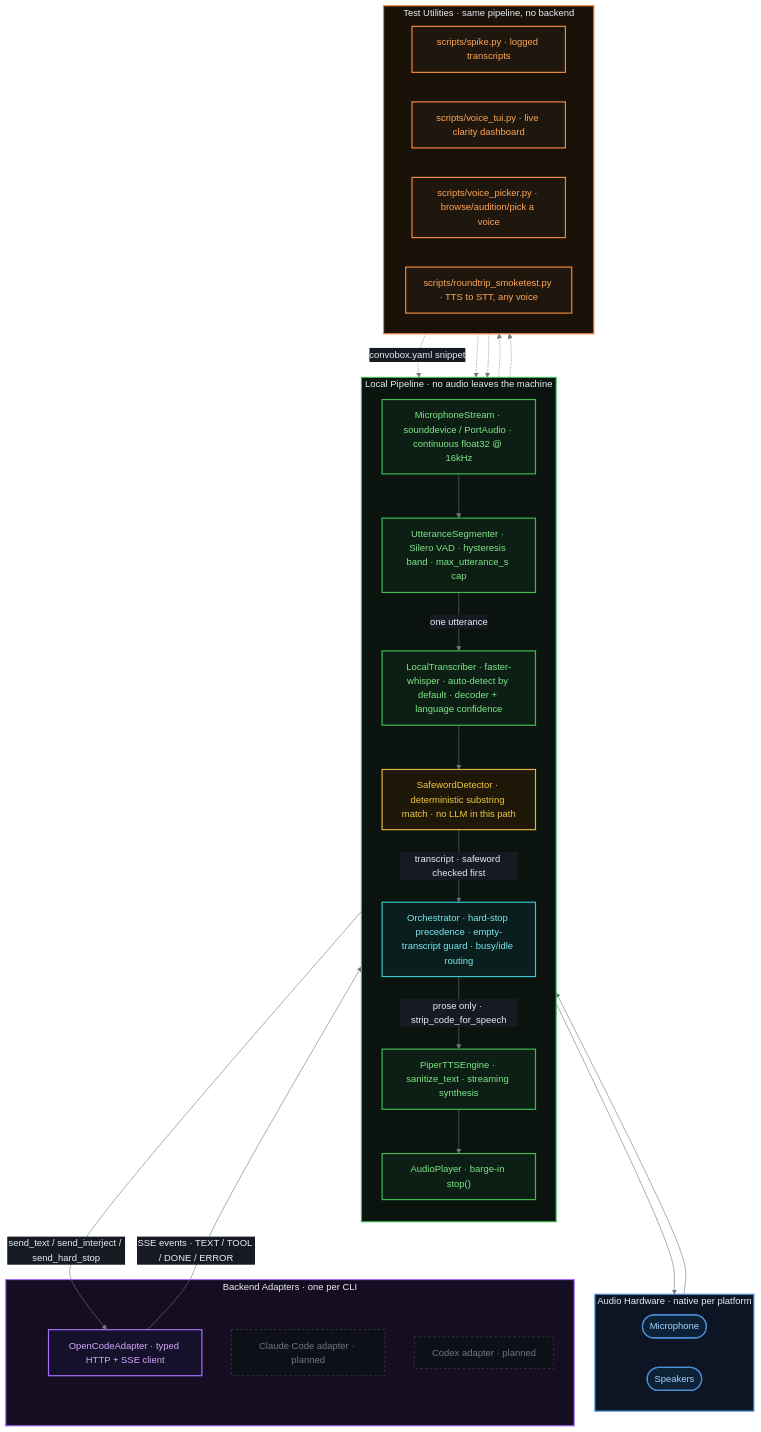
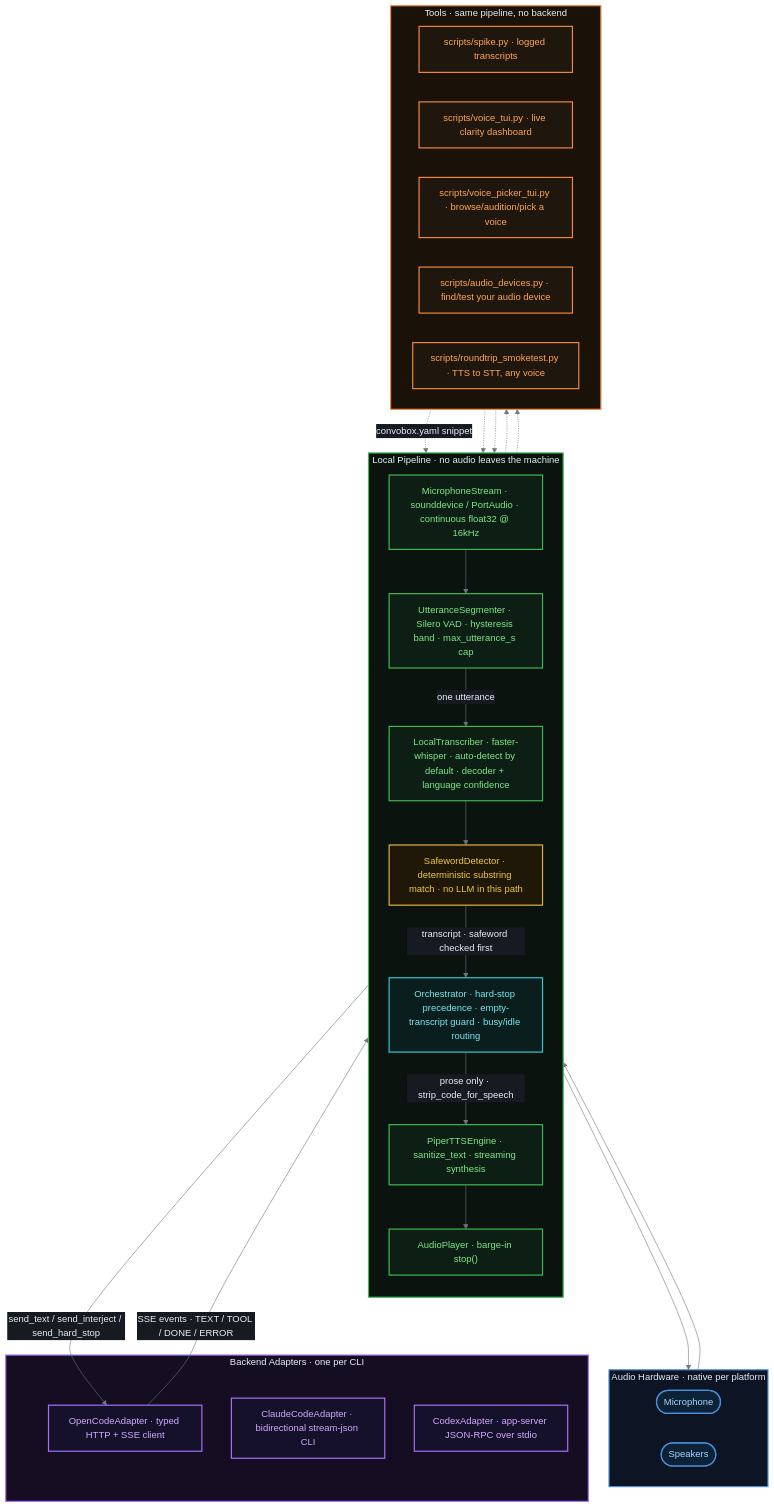
One commit to LegionForge/convobox changed the first of 2 diagrams in README.md. Above: the diagram before and after it, drawn with Mermaid. The commit also changed other lines of this file, not shown here.

````diff
--- a/README.md
+++ b/README.md
@@ -49,58 +49,59 @@
 ```mermaid
 %%{init: {'theme': 'base', 'themeVariables': {'background': '#0d1117', 'mainBkg': '#161b22', 'primaryColor': '#1c2938', 'primaryBorderColor': '#30363d', 'primaryTextColor': '#e6edf3', 'lineColor': '#6e7681', 'clusterBkg': '#161b22', 'clusterBorder': '#30363d', 'edgeLabelBackground': '#161b22', 'titleColor': '#e6edf3'}}}%%
 flowchart TB
     classDef hw       fill:#0d2137,stroke:#4a90d9,stroke-width:2px,color:#a8d4ff
     classDef pipeline fill:#0d1f15,stroke:#3fb950,stroke-width:2px,color:#7ee787
     classDef routing  fill:#0a1e1e,stroke:#39c5cf,stroke-width:2px,color:#79e8ef
     classDef safety   fill:#1f1808,stroke:#e3b341,stroke-width:2px,color:#f0c842
     classDef backend  fill:#16112b,stroke:#a371f7,stroke-width:2px,color:#d2a8ff
     classDef tool     fill:#1f160d,stroke:#f0883e,stroke-width:2px,color:#ffa657
     classDef future   fill:#0d1117,stroke:#484f58,stroke-width:1px,stroke-dasharray:4 4,color:#6e7681
 
     subgraph HW["Audio Hardware · native per platform"]
         direction LR
         MIC(["Microphone"]):::hw
         SPK(["Speakers"]):::hw
     end
 
     subgraph LOCAL["Local Pipeline · no audio leaves the machine"]
         direction TB
         CAP["MicrophoneStream · sounddevice / PortAudio · continuous float32 @ 16kHz"]:::pipeline
         VAD["UtteranceSegmenter · Silero VAD · hysteresis band · max_utterance_s cap"]:::pipeline
         STT["LocalTranscriber · faster-whisper · auto-detect by default · decoder + language confidence"]:::pipeline
         SW["SafewordDetector · deterministic substring match · no LLM in this path"]:::safety
         ORCH["Orchestrator · hard-stop precedence · empty-transcript guard · busy/idle routing"]:::routing
         TTS["PiperTTSEngine · sanitize_text · streaming synthesis"]:::pipeline
         PLAY["AudioPlayer · barge-in stop()"]:::pipeline
     end
 
     subgraph ADAPTERS["Backend Adapters · one per CLI"]
         OC["OpenCodeAdapter · typed HTTP + SSE client"]:::backend
-        CC["Claude Code adapter · planned"]:::future
-        CX["Codex adapter · planned"]:::future
+        CC["ClaudeCodeAdapter · bidirectional stream-json CLI"]:::backend
+        CX["CodexAdapter · app-server JSON-RPC over stdio"]:::backend
     end
 
-    subgraph TOOLS["Test Utilities · same pipeline, no backend"]
+    subgraph TOOLS["Tools · same pipeline, no backend"]
         direction LR
         SPIKE["scripts/spike.py · logged transcripts"]:::tool
         TUI["scripts/voice_tui.py · live clarity dashboard"]:::tool
-        PICKER["scripts/voice_picker.py · browse/audition/pick a voice"]:::tool
+        PICKER["scripts/voice_picker_tui.py · browse/audition/pick a voice"]:::tool
+        AUDIO["scripts/audio_devices.py · find/test your audio device"]:::tool
         ROUNDTRIP["scripts/roundtrip_smoketest.py · TTS to STT, any voice"]:::tool
     end
 
     MIC --> CAP --> VAD -->|"one utterance"| STT --> SW
     SW -->|"transcript · safeword checked first"| ORCH
     ORCH -->|"send_text / send_interject / send_hard_stop"| OC
     OC -->|"SSE events · TEXT / TOOL / DONE / ERROR"| ORCH
     ORCH -->|"prose only · strip_code_for_speech"| TTS --> PLAY --> SPK
     SW -.-> SPIKE
     SW -.-> TUI
     PICKER -.->|"convobox.yaml snippet"| TTS
     ROUNDTRIP -.-> TTS
     ROUNDTRIP -.-> STT
 
     style HW fill:#0d1525,stroke:#4a90d9,stroke-width:2px,color:#e6edf3
     style LOCAL fill:#0a130d,stroke:#3fb950,stroke-width:2px,color:#e6edf3
     style ADAPTERS fill:#150d22,stroke:#a371f7,stroke-width:2px,color:#e6edf3
     style TOOLS fill:#1a1208,stroke:#f0883e,stroke-width:2px,color:#e6edf3
 ```
````
